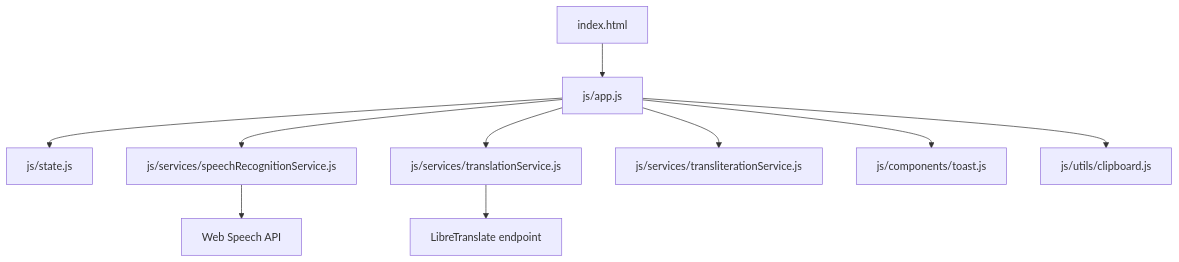
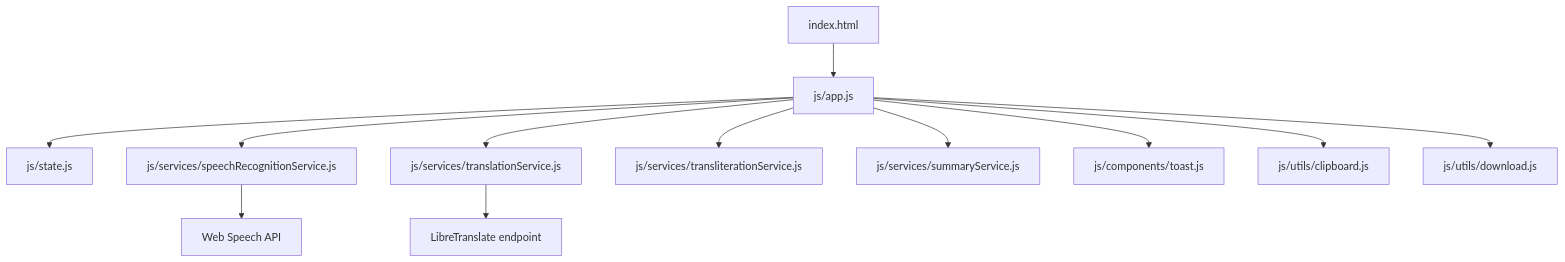
The first of 2 diagrams in docs/roadmap.md (jayiexpert-max/voice-translator), drawn with Mermaid before and after one commit. The commit also changed other lines of this file and 18 other files, not shown here.

````diff
--- a/docs/roadmap.md
+++ b/docs/roadmap.md
@@ -19,12 +29,14 @@
 ```mermaid
 flowchart TD
     UI[index.html] --> App[js/app.js]
     App --> State[js/state.js]
     App --> Speech[js/services/speechRecognitionService.js]
     App --> Translate[js/services/translationService.js]
     App --> Transliterate[js/services/transliterationService.js]
+    App --> Summary[js/services/summaryService.js]
     App --> Toast[js/components/toast.js]
     App --> Clipboard[js/utils/clipboard.js]
+    App --> Download[js/utils/download.js]
     Speech --> BrowserSpeech[Web Speech API]
     Translate --> Libre[LibreTranslate endpoint]
 ```
````
